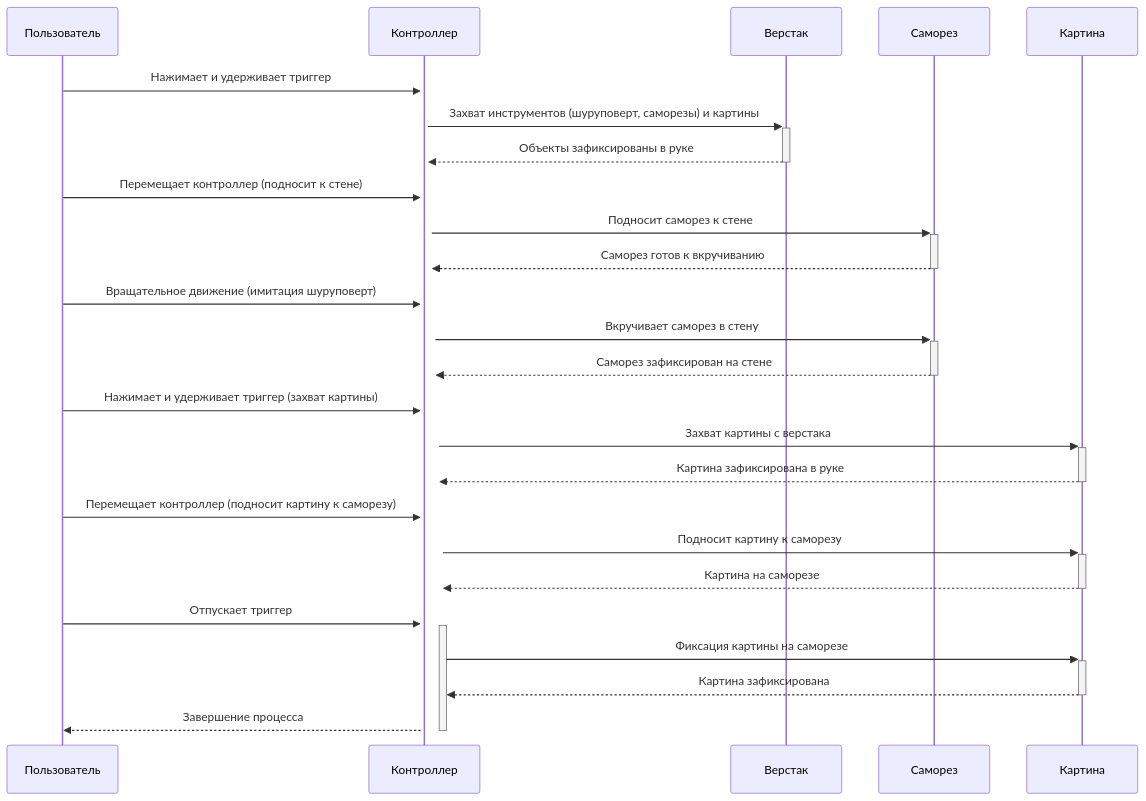
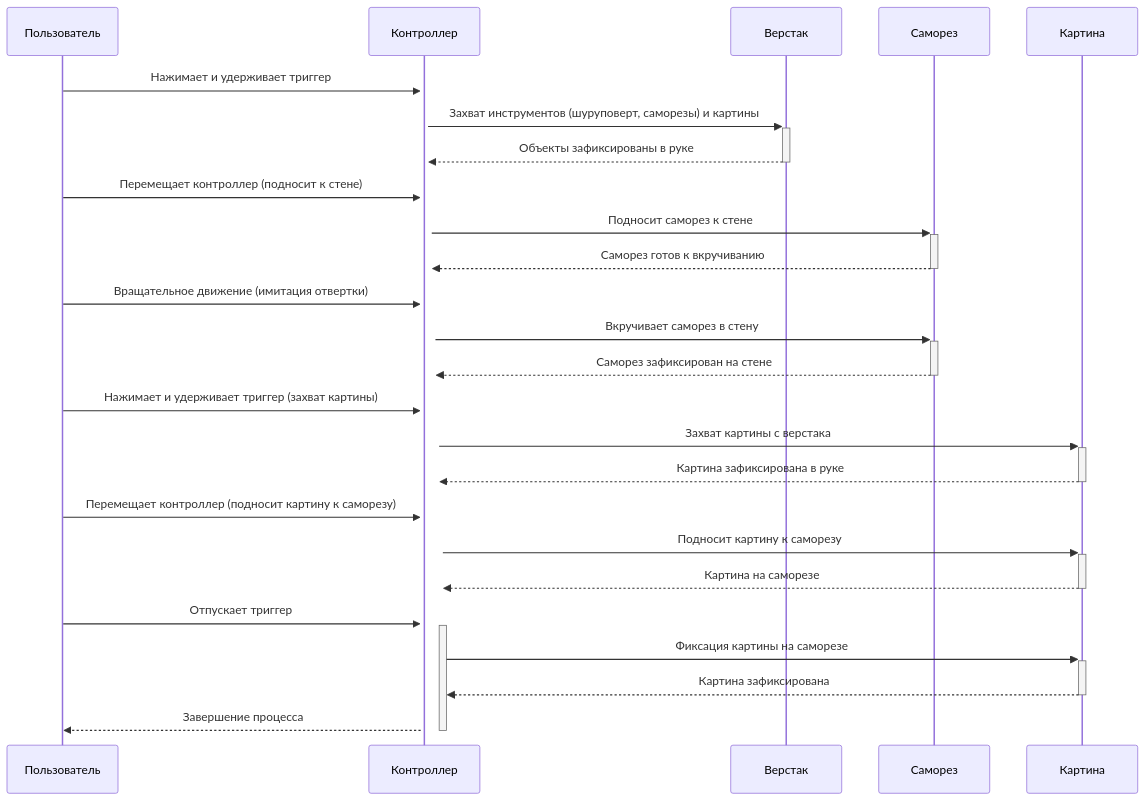
Before and after one commit to NerdyCep/iodraw-files: the diagram in all/не называться-1.md, drawn with Mermaid.

Commit message:
2025-02-25 18:23:47 update

````diff
--- a/all/не называться-1.md
+++ b/all/не называться-1.md
@@ -1,29 +1,29 @@
 ```mermaid
 sequenceDiagram
     participant Пользователь
     participant Контроллер
     participant Верстак
     participant Саморез
     participant Картина
     
 
     Пользователь->>+Контроллер: Нажимает и удерживает триггер
     Контроллер->>+Верстак: Захват инструментов (шуруповерт, саморезы) и картины
     Верстак-->>-Контроллер: Объекты зафиксированы в руке
     Пользователь->>+Контроллер: Перемещает контроллер (подносит к стене)
     Контроллер->>+Саморез: Подносит саморез к стене
     Саморез-->>-Контроллер: Саморез готов к вкручиванию
-    Пользователь->>+Контроллер: Вращательное движение (имитация шуруповерт)
+    Пользователь->>+Контроллер: Вращательное движение (имитация отвертки)
     Контроллер->>+Саморез: Вкручивает саморез в стену
     Саморез-->>-Контроллер: Саморез зафиксирован на стене
     Пользователь->>+Контроллер: Нажимает и удерживает триггер (захват картины)
     Контроллер->>+Картина: Захват картины с верстака
     Картина-->>-Контроллер: Картина зафиксирована в руке
     Пользователь->>+Контроллер: Перемещает контроллер (подносит картину к саморезу)
     Контроллер->>+Картина: Подносит картину к саморезу
     Картина-->>-Контроллер: Картина на саморезе
     Пользователь->>+Контроллер: Отпускает триггер
     Контроллер->>+Картина: Фиксация картины на саморезе
     Картина-->>-Контроллер: Картина зафиксирована
     Контроллер-->>-Пользователь: Завершение процесса
 ```
````
